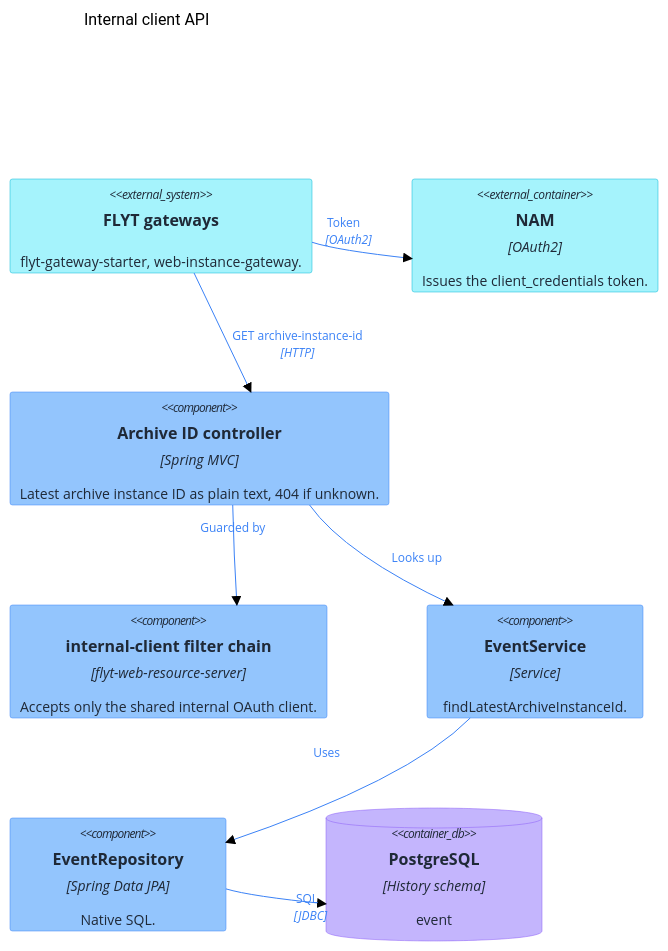
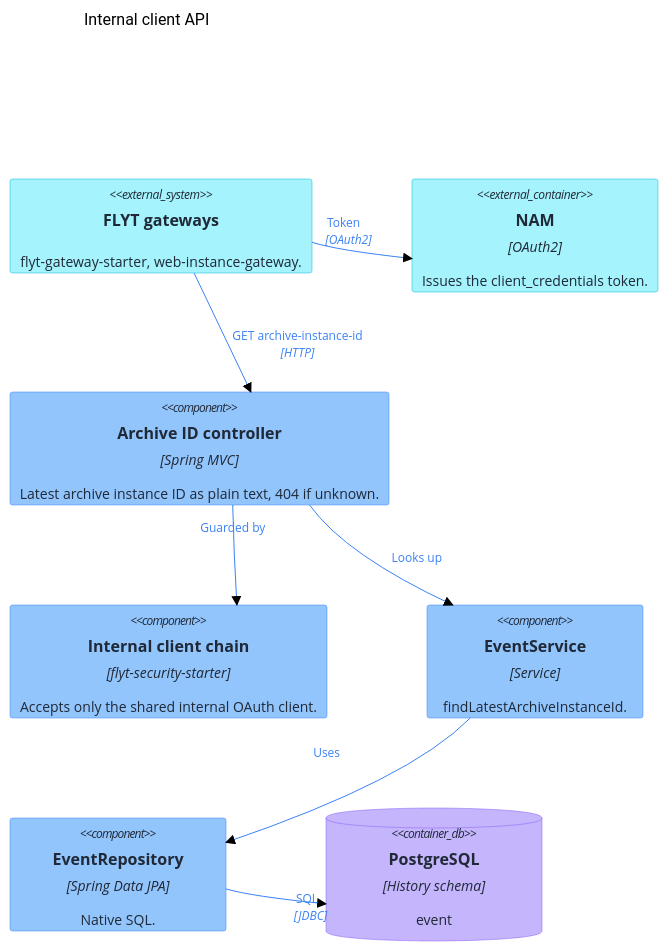
Before and after one commit to FINTLabs/fint-flyt-history-service: the fourth of 7 diagrams in docs/architecture.md, drawn with Mermaid (neutral theme). The commit also changed other lines of this file and 119 other files, not shown here.

First line of the commit message:
build!: move to Spring Boot 4, fint-kafka-starter and flyt-security-starter

````diff
--- a/docs/architecture.md
+++ b/docs/architecture.md
@@ -159,34 +158,34 @@
 ```mermaid
 C4Component
     title Internal client API
 
     System_Ext(gateways, "FLYT gateways", "flyt-gateway-starter, web-instance-gateway.")
     Container_Ext(idp, "NAM", "OAuth2", "Issues the client_credentials token.")
     Component(controller, "Archive ID controller", "Spring MVC", "Latest archive instance ID as plain text, 404 if unknown.")
-    Component(security, "internal-client filter chain", "flyt-web-resource-server", "Accepts only the shared internal OAuth client.")
+    Component(security, "Internal client chain", "flyt-security-starter", "Accepts only the shared internal OAuth client.")
     Component(eventService, "EventService", "Service", "findLatestArchiveInstanceId.")
     Component(repository, "EventRepository", "Spring Data JPA", "Native SQL.")
     ContainerDb(db, "PostgreSQL", "History schema", "event")
 
     Rel(gateways, controller, "GET archive-instance-id", "HTTP")
     Rel(gateways, idp, "Token", "OAuth2")
     Rel(controller, security, "Guarded by")
     Rel(controller, eventService, "Looks up")
     Rel(eventService, repository, "Uses")
     Rel(repository, db, "SQL", "JDBC")
 
     UpdateRelStyle(gateways, controller, $textColor="#3B82F6", $lineColor="#3B82F6", $offsetX="10")
     UpdateRelStyle(gateways, idp, $textColor="#3B82F6", $lineColor="#3B82F6", $offsetX="-35", $offsetY="-30")
     UpdateRelStyle(controller, security, $textColor="#3B82F6", $lineColor="#3B82F6", $offsetX="-35", $offsetY="-30")
     UpdateRelStyle(controller, eventService, $textColor="#3B82F6", $lineColor="#3B82F6", $offsetX="10")
     UpdateRelStyle(eventService, repository, $textColor="#3B82F6", $lineColor="#3B82F6", $offsetX="-35", $offsetY="-30")
     UpdateRelStyle(repository, db, $textColor="#3B82F6", $lineColor="#3B82F6", $offsetX="20")
     UpdateElementStyle(controller, $bgColor="#93C5FD", $fontColor="#1F2937", $borderColor="#3B82F6")
     UpdateElementStyle(security, $bgColor="#93C5FD", $fontColor="#1F2937", $borderColor="#3B82F6")
     UpdateElementStyle(eventService, $bgColor="#93C5FD", $fontColor="#1F2937", $borderColor="#3B82F6")
     UpdateElementStyle(repository, $bgColor="#93C5FD", $fontColor="#1F2937", $borderColor="#3B82F6")
     UpdateElementStyle(db, $bgColor="#C4B5FD", $fontColor="#1F2937", $borderColor="#8B5CF6")
     UpdateElementStyle(gateways, $bgColor="#A5F3FC", $fontColor="#1F2937", $borderColor="#06B6D4")
     UpdateElementStyle(idp, $bgColor="#A5F3FC", $fontColor="#1F2937", $borderColor="#06B6D4")
     UpdateLayoutConfig($c4ShapeInRow="2", $c4BoundaryInRow="1")
 ```
````
